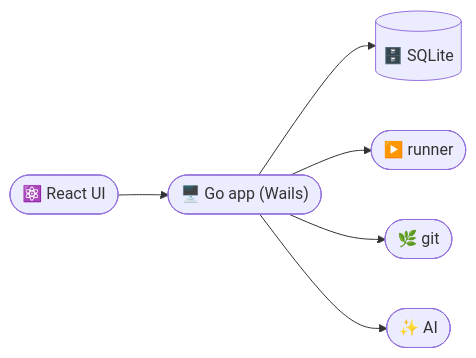
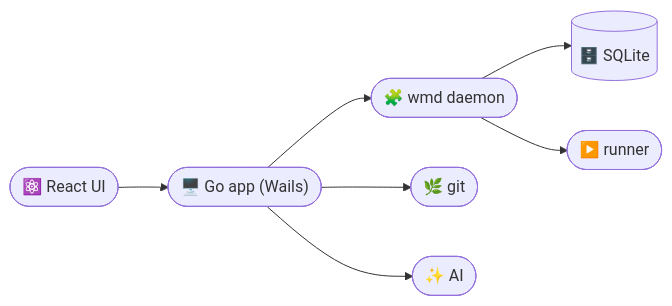
One commit to aliharakeh/workspace-manager changed the diagram in README.md. Above: the diagram before and after it, drawn with Mermaid. The commit also changed other lines of this file and 185 other files, not shown here.

````diff
--- a/README.md
+++ b/README.md
@@ -23,8 +23,9 @@
 ```mermaid
 flowchart LR
     UI(["⚛️ React UI"]) --> GO(["🖥️ Go app (Wails)"])
-    GO --> DB[("🗄️ SQLite")]
-    GO --> R(["▶️ runner"])
+    GO --> D(["🧩 wmd daemon"])
+    D --> DB[("🗄️ SQLite")]
+    D --> R(["▶️ runner"])
     GO --> G(["🌿 git"])
     GO --> A(["✨ AI"])
 ```
````
